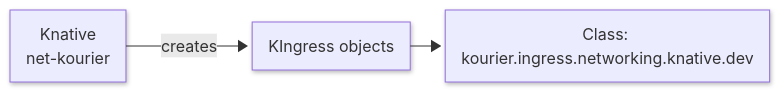
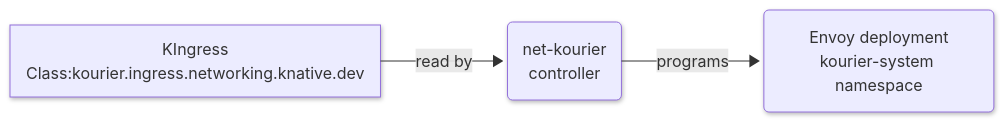
The second of 6 diagrams in docs/versioned/serving/config-network-adapters.md (knative/docs), drawn with Mermaid before and after one commit. The commit also changed other lines of this file and 2 other files, not shown here.

````diff
--- a/docs/versioned/serving/config-network-adapters.md
+++ b/docs/versioned/serving/config-network-adapters.md
@@ -20,11 +32,10 @@
     ```mermaid
     ---
     config:
       theme: default
       layout: elk
       look: neo
     ---
     flowchart LR
-    K1["Knative<br>net-kourier"] -- creates --> K2["KIngress&nbsp;objects"]
-    K2 --> K3["Class: kourier.ingress.networking.knative.dev"]
+    KIngress["KIngress<br>Class:kourier.ingress.networking.knative.dev"] -- "read by" --> controller("net-kourier<br>controller") -- programs --> envoy("Envoy deployment<br>kourier-system namespace")
     ```
````
